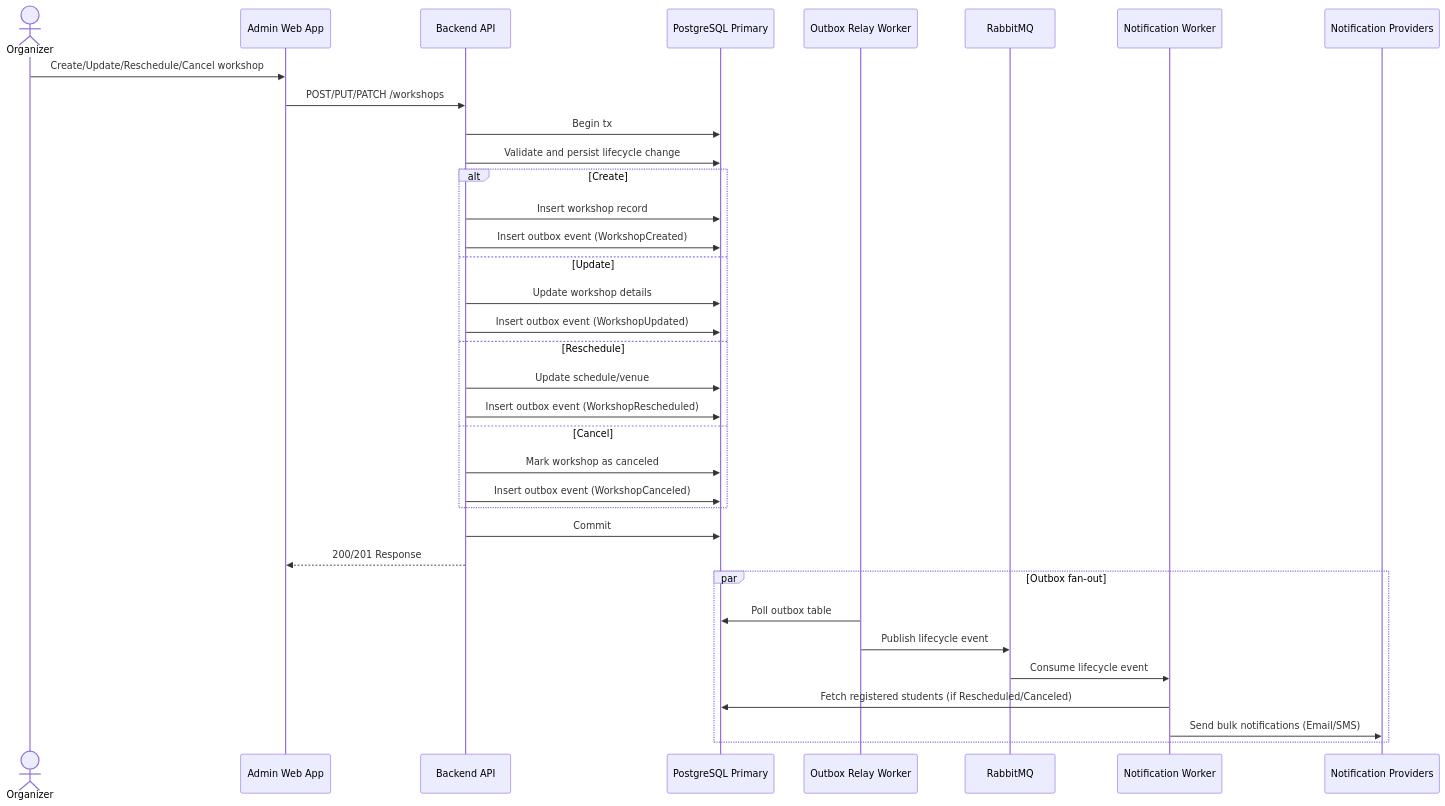
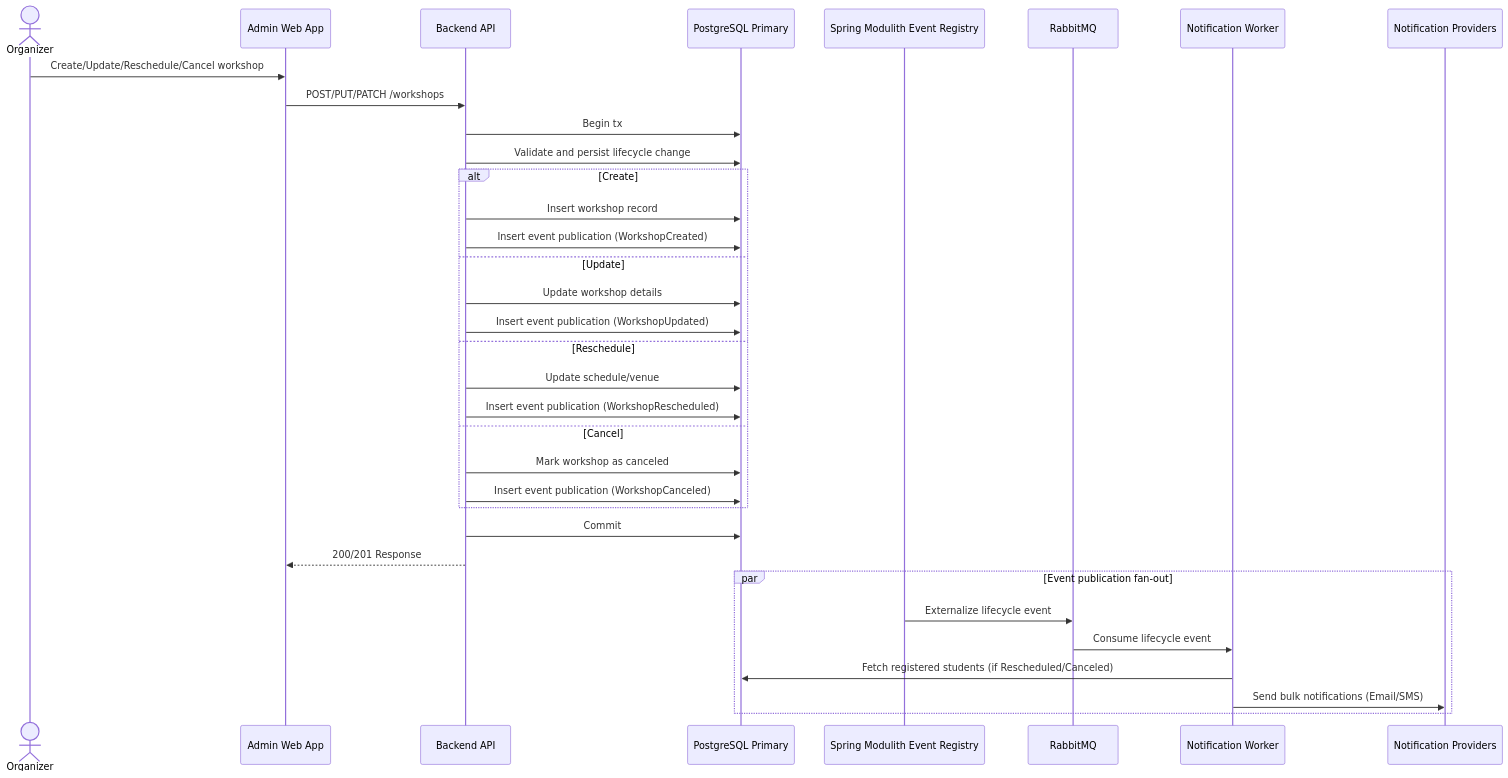
Before and after one commit to phatnguyen975/unihub-workshop: the fifth of 15 diagrams in blueprint/design.md, drawn with Mermaid. The commit also changed other lines of this file and 15 other files, not shown here.

Commit message:
docs: update to use event publication of spring modulith

````diff
--- a/blueprint/design.md
+++ b/blueprint/design.md
@@ -310,39 +309,38 @@
 ```mermaid
 sequenceDiagram
   actor Organizer
   participant Web as Admin Web App
   participant API as Backend API
   participant DB as PostgreSQL Primary
-  participant Relay as Outbox Relay Worker
+  participant Registry as Spring Modulith Event Registry
   participant Broker as RabbitMQ
   participant NotifWorker as Notification Worker
   participant Notify as Notification Providers
 
   Organizer->>Web: Create/Update/Reschedule/Cancel workshop
   Web->>API: POST/PUT/PATCH /workshops
   API->>DB: Begin tx
   API->>DB: Validate and persist lifecycle change
   alt Create
     API->>DB: Insert workshop record
-    API->>DB: Insert outbox event (WorkshopCreated)
+    API->>DB: Insert event publication (WorkshopCreated)
   else Update
     API->>DB: Update workshop details
-    API->>DB: Insert outbox event (WorkshopUpdated)
+    API->>DB: Insert event publication (WorkshopUpdated)
   else Reschedule
     API->>DB: Update schedule/venue
-    API->>DB: Insert outbox event (WorkshopRescheduled)
+    API->>DB: Insert event publication (WorkshopRescheduled)
   else Cancel
     API->>DB: Mark workshop as canceled
-    API->>DB: Insert outbox event (WorkshopCanceled)
+    API->>DB: Insert event publication (WorkshopCanceled)
   end
   API->>DB: Commit
   API-->>Web: 200/201 Response
 
-  par Outbox fan-out
-    Relay->>DB: Poll outbox table
-    Relay->>Broker: Publish lifecycle event
+  par Event publication fan-out
+    Registry->>Broker: Externalize lifecycle event
     Broker->>NotifWorker: Consume lifecycle event
     NotifWorker->>DB: Fetch registered students (if Rescheduled/Canceled)
     NotifWorker->>Notify: Send bulk notifications (Email/SMS)
   end
 ```
````
